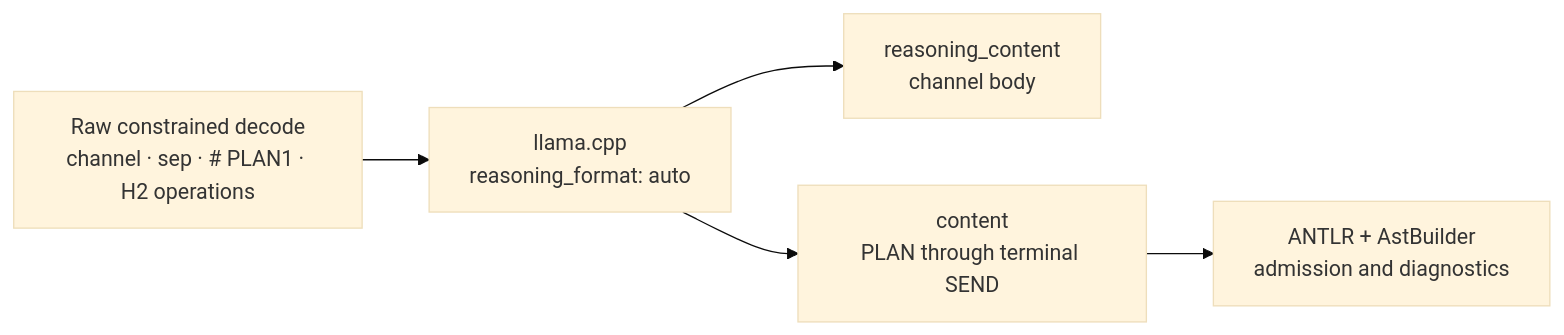
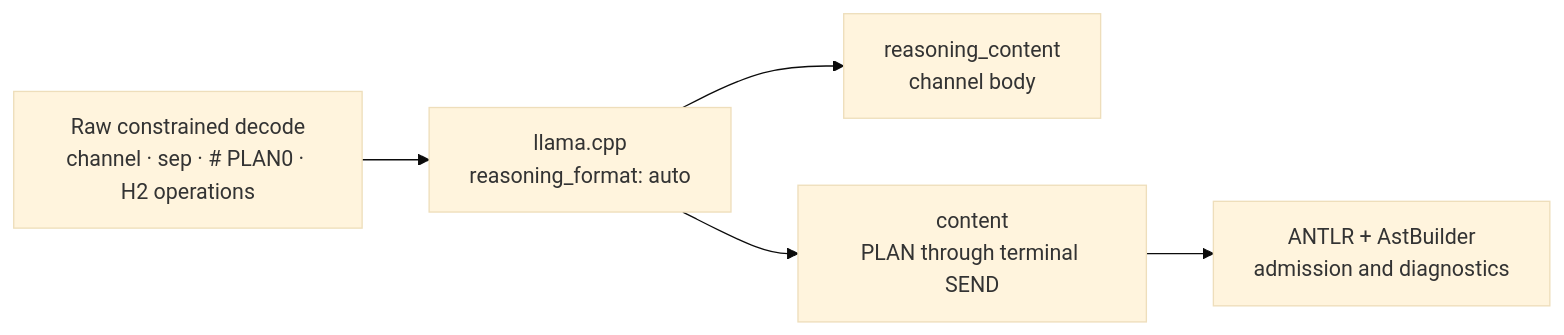
The second of 3 diagrams in plurnk-contracts/SPEC.md (plurnk/plurnk-service), drawn with Mermaid (base theme) before and after one commit. The commit also changed other lines of this file and 175 other files, not shown here.

````diff
--- a/plurnk-contracts/SPEC.md
+++ b/plurnk-contracts/SPEC.md
@@ -151,12 +151,12 @@
 ```mermaid
 flowchart LR
-    raw["Raw constrained decode<br/>channel · sep · # PLAN1 · H2 operations"]
+    raw["Raw constrained decode<br/>channel · sep · # PLAN0 · H2 operations"]
     split["llama.cpp<br/>reasoning_format: auto"]
     reasoning["reasoning_content<br/>channel body"]
     content["content<br/>PLAN through terminal SEND"]
     parser["ANTLR + AstBuilder<br/>admission and diagnostics"]
     raw --> split
     split --> reasoning
     split --> content
     content --> parser
 ```
````
